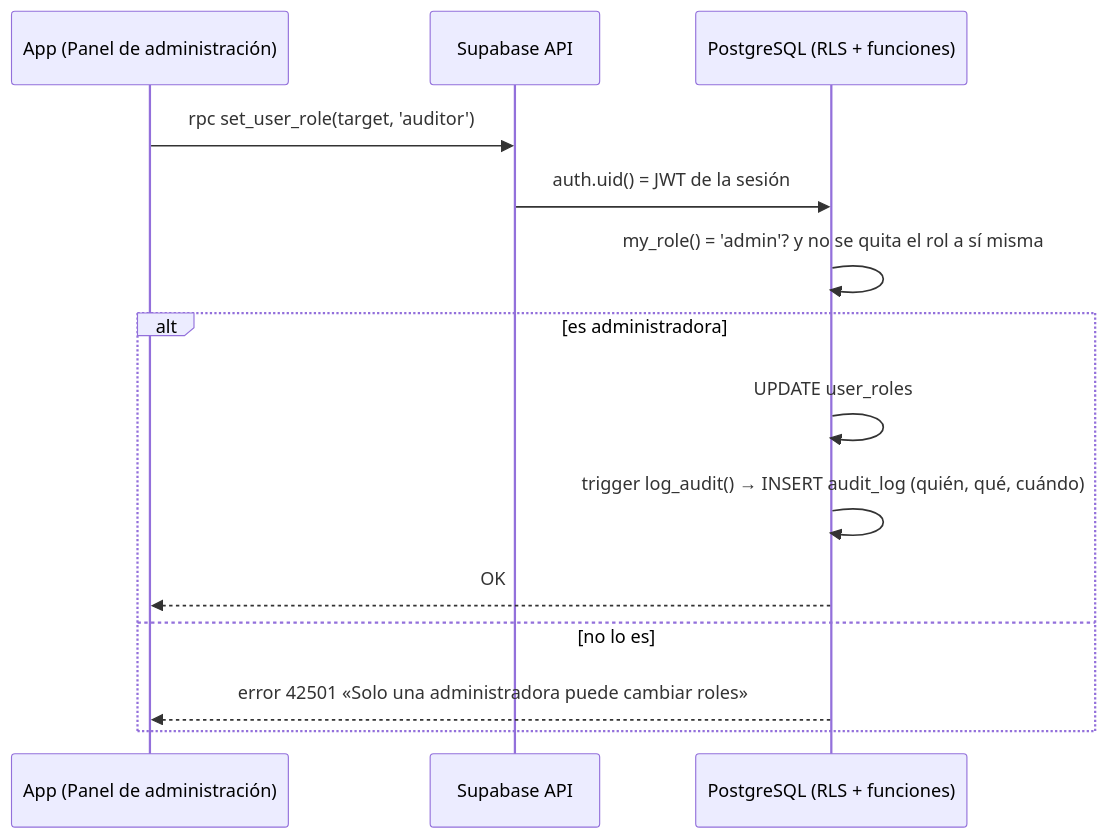
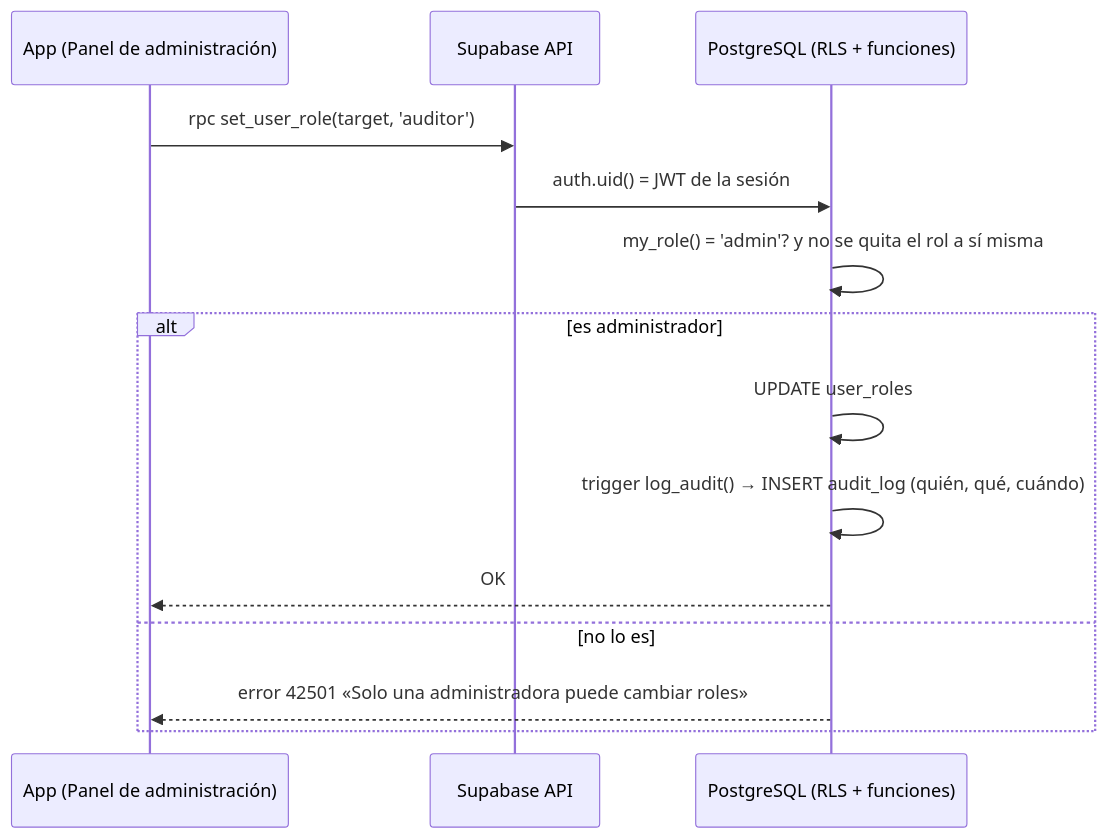
Before and after one commit to cuoconatwatah-create/Metztli: the second of 2 diagrams in docs/SEGURIDAD_Y_BUENAS_PRACTICAS.md, drawn with Mermaid. The commit also changed other lines of this file and 18 other files, not shown here.

````diff
--- a/docs/SEGURIDAD_Y_BUENAS_PRACTICAS.md
+++ b/docs/SEGURIDAD_Y_BUENAS_PRACTICAS.md
@@ -99,16 +99,16 @@
 ```mermaid
 sequenceDiagram
     participant App as App (Panel de administración)
     participant API as Supabase API
     participant DB as PostgreSQL (RLS + funciones)
     App->>API: rpc set_user_role(target, 'auditor')
     API->>DB: auth.uid() = JWT de la sesión
     DB->>DB: my_role() = 'admin'? y no se quita el rol a sí misma
-    alt es administradora
+    alt es administrador
         DB->>DB: UPDATE user_roles
         DB->>DB: trigger log_audit() → INSERT audit_log (quién, qué, cuándo)
         DB-->>App: OK
     else no lo es
         DB-->>App: error 42501 «Solo una administradora puede cambiar roles»
     end
 ```
````
